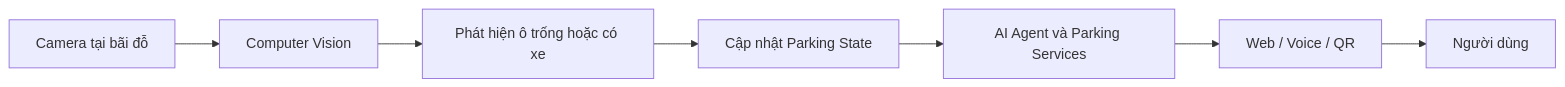
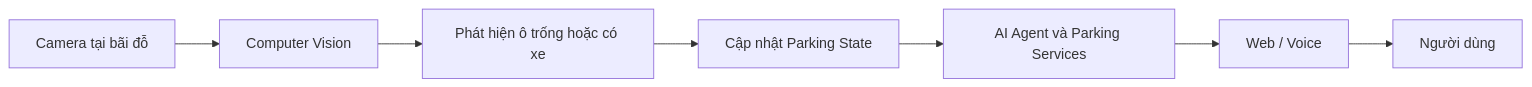
One commit to Ngducanh05/T-152 changed the sixth of 6 diagrams in docs/parksmart-ai-workflows.md. Above: the diagram before and after it, drawn with Mermaid. The commit also changed other lines of this file and 16 other files, not shown here.

````diff
--- a/docs/parksmart-ai-workflows.md
+++ b/docs/parksmart-ai-workflows.md
@@ -137,9 +134,9 @@
 ```mermaid
 flowchart LR
     A[Camera tại bãi đỗ] --> B[Computer Vision]
     B --> C[Phát hiện ô trống hoặc có xe]
     C --> D[Cập nhật Parking State]
     D --> E[AI Agent và Parking Services]
-    E --> F[Web / Voice / QR]
+    E --> F[Web / Voice]
     F --> G[Người dùng]
 ```
````
